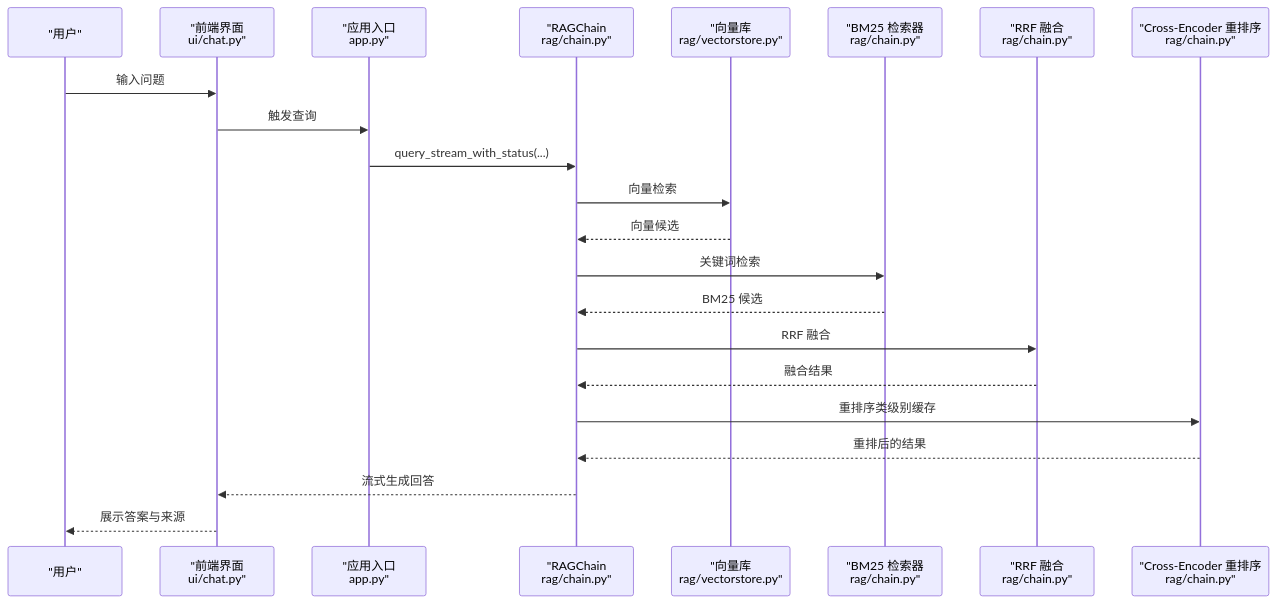
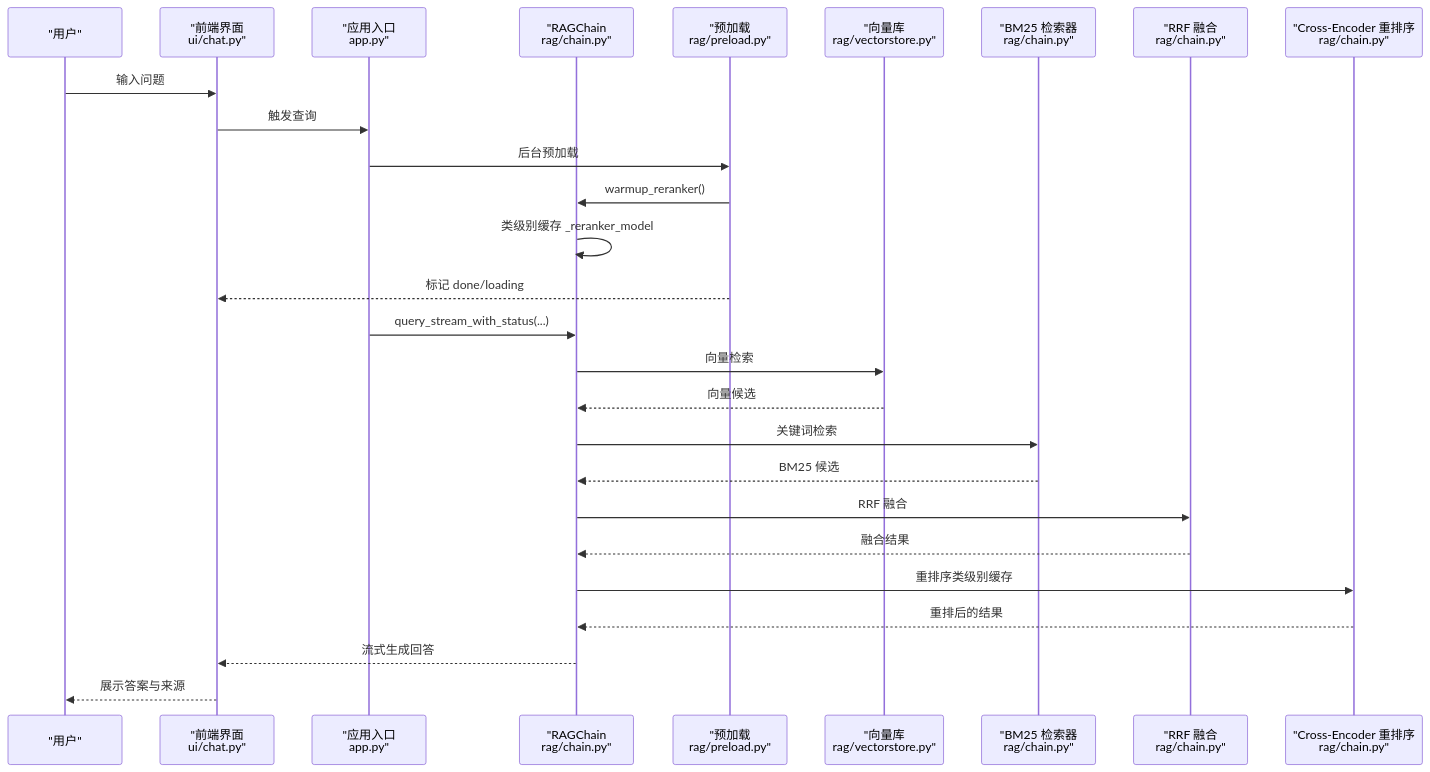
The second of 7 diagrams in .qoder/repowiki/zh/content/RAG核心引擎/RAG检索链实现/交叉编码器重排序.md (joyafa/knowledge), drawn with Mermaid before and after one commit. The commit also changed other lines of this file and 16 other files, not shown here.

````diff
--- a/.qoder/repowiki/zh/content/RAG核心引擎/RAG检索链实现/交叉编码器重排序.md
+++ b/.qoder/repowiki/zh/content/RAG核心引擎/RAG检索链实现/交叉编码器重排序.md
@@ -140,24 +148,29 @@
 ```mermaid
 sequenceDiagram
 participant U as "用户"
 participant UI as "前端界面<br/>ui/chat.py"
 participant APP as "应用入口<br/>app.py"
 participant RC as "RAGChain<br/>rag/chain.py"
+participant PRE as "预加载<br/>rag/preload.py"
 participant VS as "向量库<br/>rag/vectorstore.py"
 participant BM25 as "BM25 检索器<br/>rag/chain.py"
 participant RRF as "RRF 融合<br/>rag/chain.py"
 participant CE as "Cross-Encoder 重排序<br/>rag/chain.py"
 U->>UI : 输入问题
 UI->>APP : 触发查询
+APP->>PRE : 后台预加载
+PRE->>RC : warmup_reranker()
+RC->>RC : 类级别缓存 _reranker_model
+PRE-->>UI : 标记 done/loading
 APP->>RC : query_stream_with_status(...)
 RC->>VS : 向量检索
 VS-->>RC : 向量候选
 RC->>BM25 : 关键词检索
 BM25-->>RC : BM25 候选
 RC->>RRF : RRF 融合
 RRF-->>RC : 融合结果
 RC->>CE : 重排序类级别缓存
 CE-->>RC : 重排后的结果
 RC-->>UI : 流式生成回答
 UI-->>U : 展示答案与来源
 ```
````
